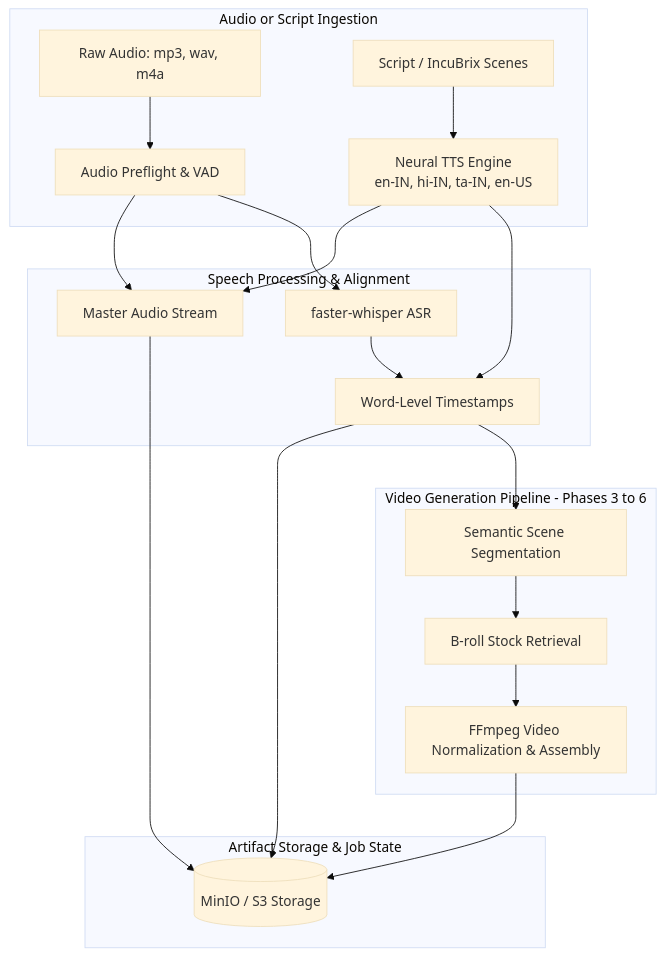
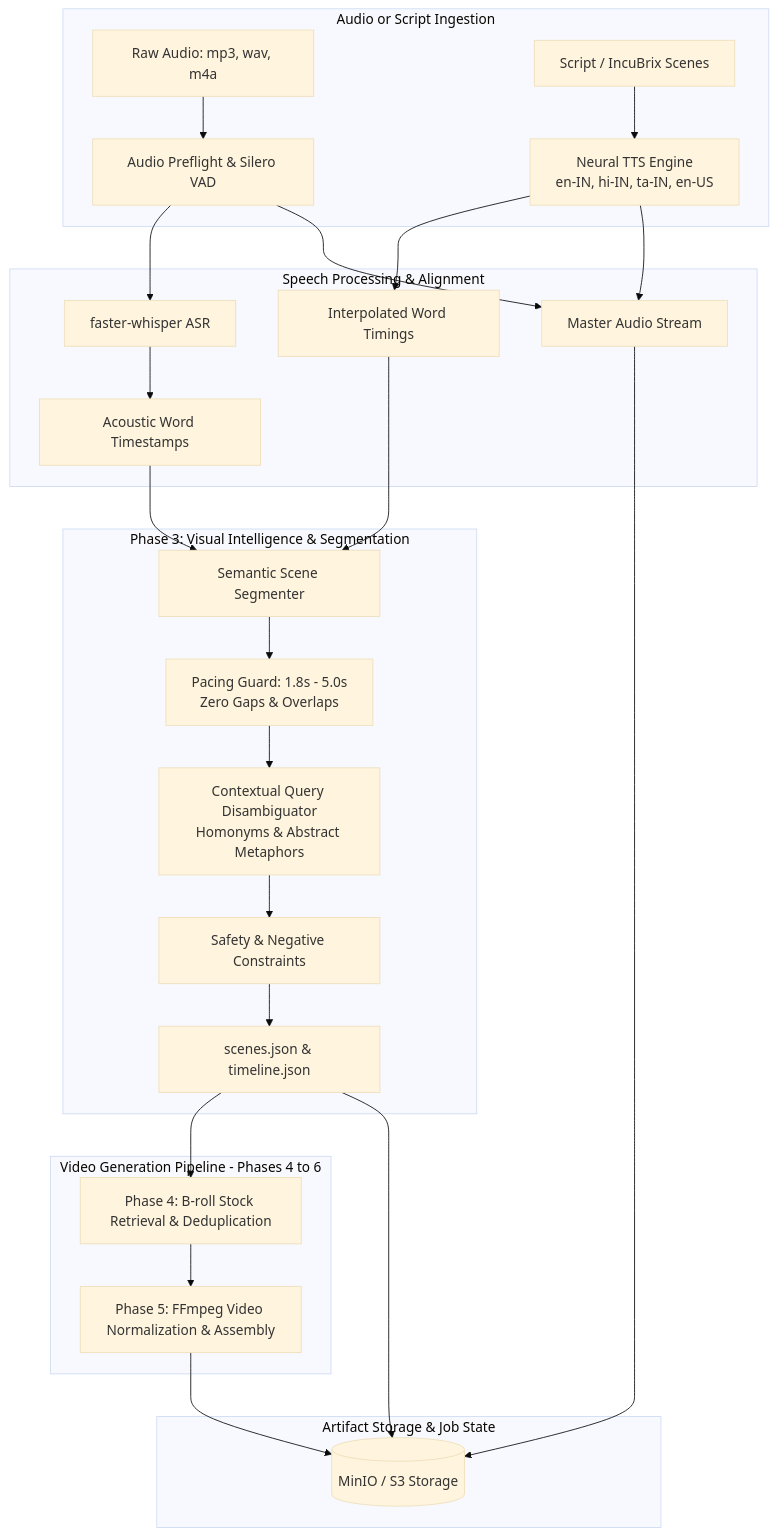
One commit to NISHANTH-KONCHADA/script-voiceover-broll-engine changed the diagram in README.md. Above: the diagram before and after it, drawn with Mermaid (base theme). The commit also changed other lines of this file and 13 other files, not shown here.

Commit message:
feat(scenes): implement semantic scene segmentation, pacing guard, and contextual visual intelligence (Phase 3)

````diff
--- a/README.md
+++ b/README.md
@@ -25,27 +32,35 @@
 ```mermaid
 flowchart TD
     subgraph Ingestion[Audio or Script Ingestion]
-        AudioIn[Raw Audio: mp3, wav, m4a] --> Preflight[Audio Preflight & VAD]
+        AudioIn[Raw Audio: mp3, wav, m4a] --> Preflight[Audio Preflight & Silero VAD]
         ScriptIn[Script / IncuBrix Scenes] --> TTS[Neural TTS Engine\nen-IN, hi-IN, ta-IN, en-US]
     end
 
     subgraph SpeechProcessing[Speech Processing & Alignment]
         Preflight --> ASR[faster-whisper ASR]
-        ASR --> WordTimings[Word-Level Timestamps]
-        TTS --> WordTimings
+        ASR --> WordTimings[Acoustic Word Timestamps]
+        TTS --> WordTimingsTTS[Interpolated Word Timings]
         TTS --> MasterAudio[Master Audio Stream]
         Preflight --> MasterAudio
     end
 
-    subgraph VideoEngine[Video Generation Pipeline - Phases 3 to 6]
-        WordTimings --> Seg[Semantic Scene Segmentation]
-        Seg --> Retrieval[B-roll Stock Retrieval]
-        Retrieval --> Normalization[FFmpeg Video Normalization & Assembly]
+    subgraph SceneIntelligence[Phase 3: Visual Intelligence & Segmentation]
+        WordTimings --> Seg[Semantic Scene Segmenter]
+        WordTimingsTTS --> Seg
+        Seg --> Pacing[Pacing Guard: 1.8s - 5.0s\nZero Gaps & Overlaps]
+        Pacing --> Disambig[Contextual Query Disambiguator\nHomonyms & Abstract Metaphors]
+        Disambig --> Safety[Safety & Negative Constraints]
+        Safety --> ScenesArtifact[scenes.json & timeline.json]
+    end
+
+    subgraph VideoEngine[Video Generation Pipeline - Phases 4 to 6]
+        ScenesArtifact --> Retrieval[Phase 4: B-roll Stock Retrieval & Deduplication]
+        Retrieval --> Normalization[Phase 5: FFmpeg Video Normalization & Assembly]
     end
 
     subgraph Delivery[Artifact Storage & Job State]
         Normalization --> S3[(MinIO / S3 Storage)]
         MasterAudio --> S3
-        WordTimings --> S3
+        ScenesArtifact --> S3
     end
 ```
````
